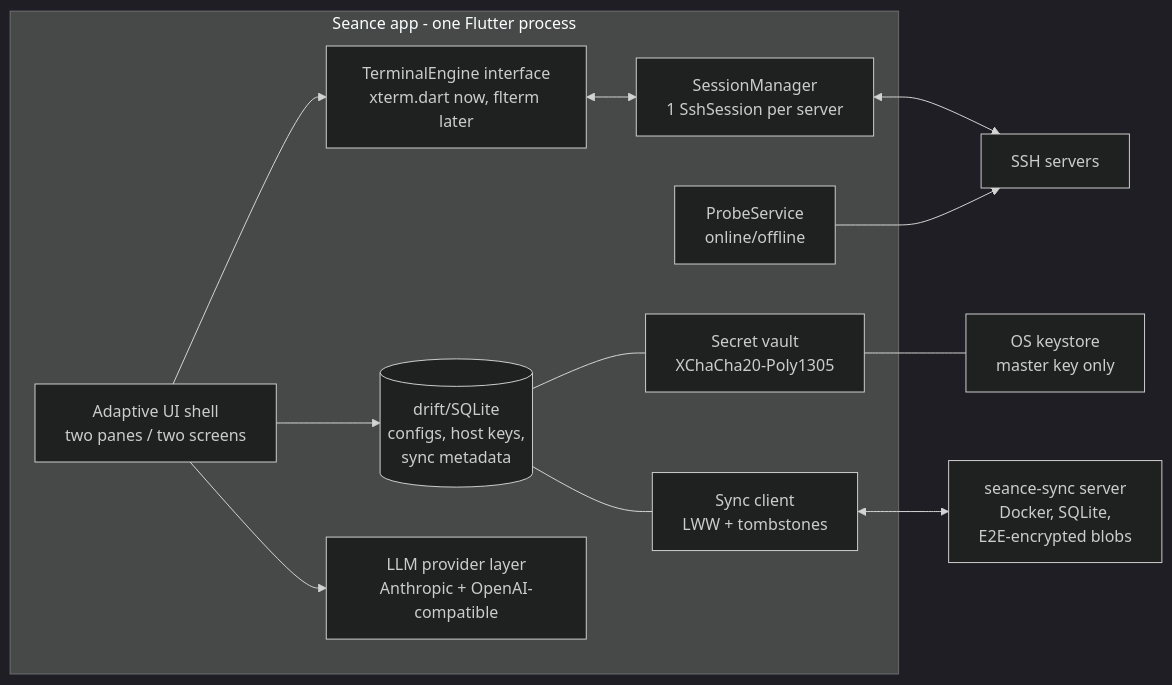
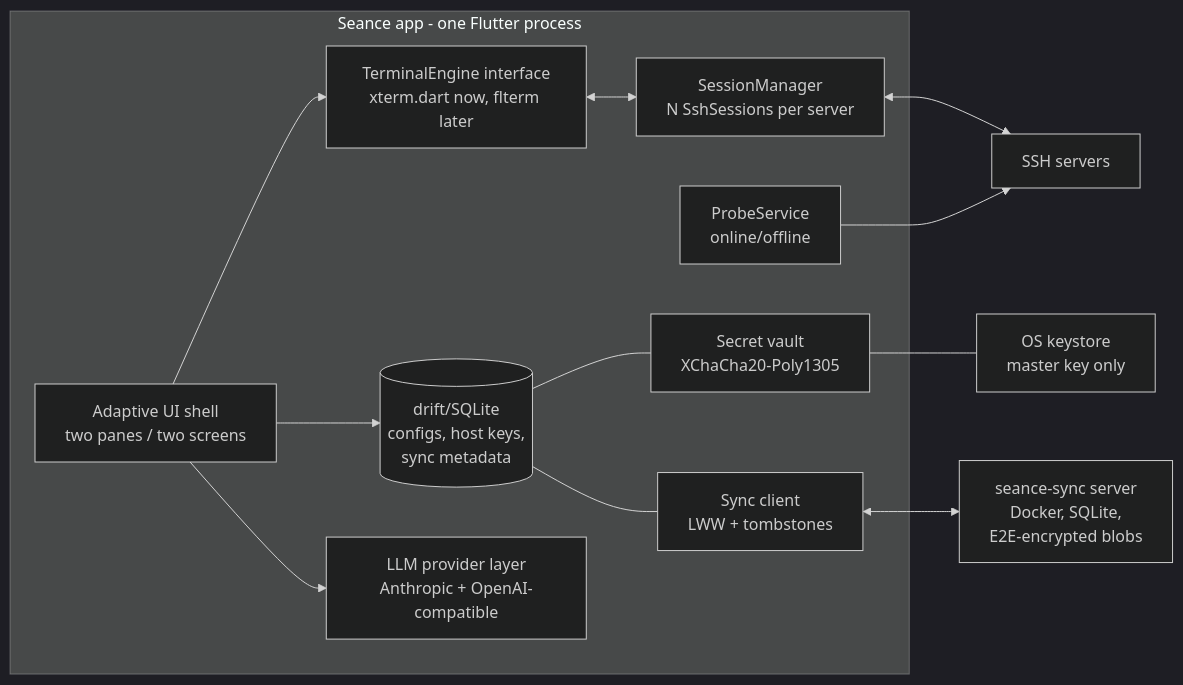
The diagram in PROPOSAL.md (L-K-M/Seance), drawn with Mermaid (dark theme) before and after one commit. The commit also changed other lines of this file and 8 other files, not shown here.

````diff
--- a/PROPOSAL.md
+++ b/PROPOSAL.md
@@ -91,27 +91,27 @@
 ```mermaid
 flowchart LR
     subgraph app [Seance app - one Flutter process]
         UI[Adaptive UI shell\ntwo panes / two screens]
         TE[TerminalEngine interface\nxterm.dart now, flterm later]
-        SM[SessionManager\n1 SshSession per server]
+        SM[SessionManager\nN SshSessions per server]
         PS[ProbeService\nonline/offline]
         DB[(drift/SQLite\nconfigs, host keys,\nsync metadata)]
         VAULT[Secret vault\nXChaCha20-Poly1305]
         SYNC[Sync client\nLWW + tombstones]
         LLM[LLM provider layer\nAnthropic + OpenAI-compatible]
     end
     KS[OS keystore\nmaster key only]
     SRV[seance-sync server\nDocker, SQLite,\nE2E-encrypted blobs]
     HOSTS[SSH servers]
 
     UI --> TE
     TE <--> SM
     SM <--> HOSTS
     PS --> HOSTS
     UI --> DB
     DB --- VAULT
     VAULT --- KS
     SYNC <--> SRV
     DB --- SYNC
     UI --> LLM
 ```
````
